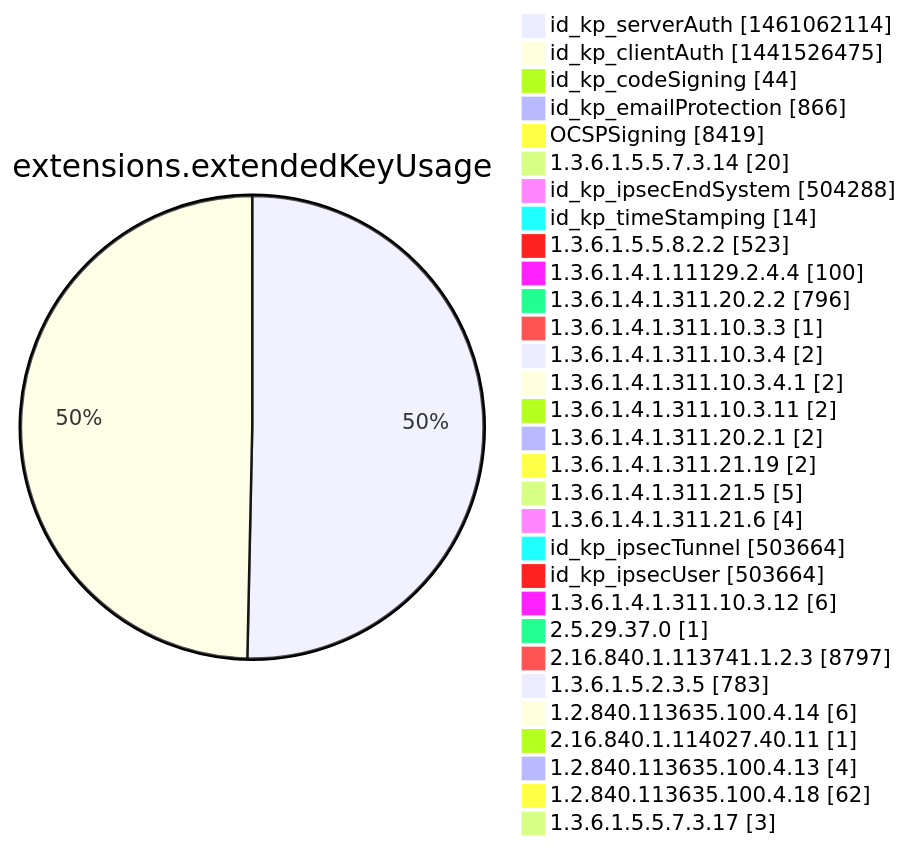
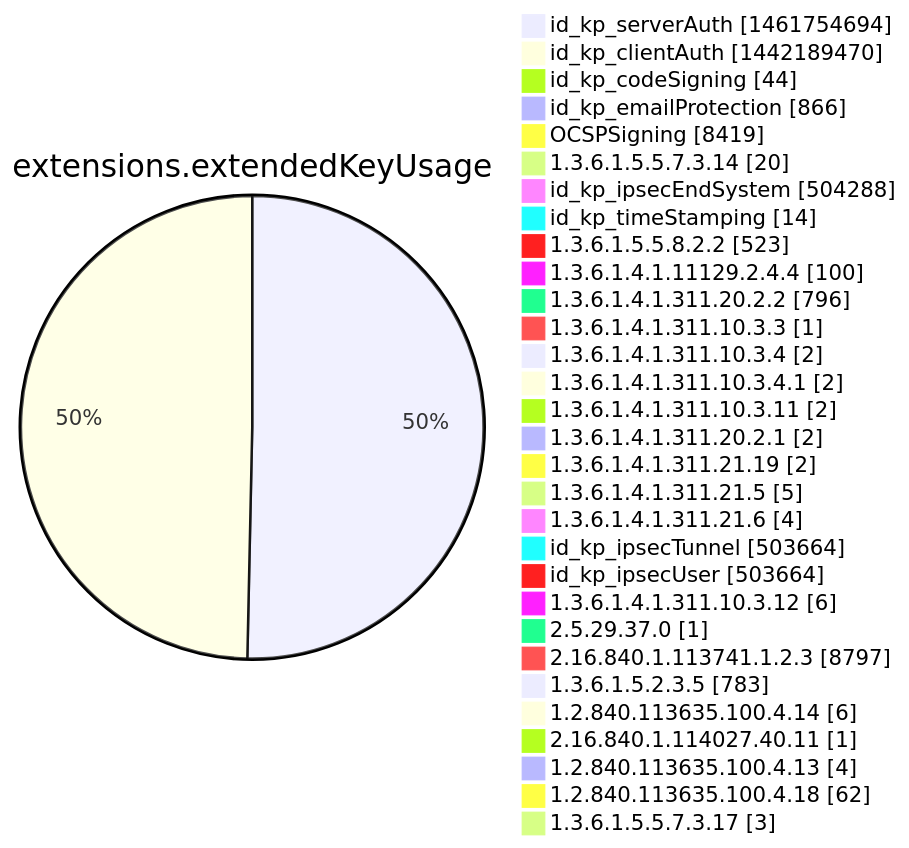
Before and after one commit to christiankrug/ctmonitor_visualization: diagram 12 of 15 in argon2022/README.md, drawn with Mermaid. The commit also changed other lines of this file, not shown here.

````diff
--- a/argon2022/README.md
+++ b/argon2022/README.md
@@ -3555,34 +3555,34 @@
 ```mermaid
 pie showData
 title extensions.extendedKeyUsage
-"id_kp_serverAuth" :1461062114
-"id_kp_clientAuth" :1441526475
+"id_kp_serverAuth" :1461754694
+"id_kp_clientAuth" :1442189470
 "id_kp_codeSigning" :44
 "id_kp_emailProtection" :866
 "OCSPSigning" :8419
 "1.3.6.1.5.5.7.3.14" :20
 "id_kp_ipsecEndSystem" :504288
 "id_kp_timeStamping" :14
 "1.3.6.1.5.5.8.2.2" :523
 "1.3.6.1.4.1.11129.2.4.4" :100
 "1.3.6.1.4.1.311.20.2.2" :796
 "1.3.6.1.4.1.311.10.3.3" :1
 "1.3.6.1.4.1.311.10.3.4" :2
 "1.3.6.1.4.1.311.10.3.4.1" :2
 "1.3.6.1.4.1.311.10.3.11" :2
 "1.3.6.1.4.1.311.20.2.1" :2
 "1.3.6.1.4.1.311.21.19" :2
 "1.3.6.1.4.1.311.21.5" :5
 "1.3.6.1.4.1.311.21.6" :4
 "id_kp_ipsecTunnel" :503664
 "id_kp_ipsecUser" :503664
 "1.3.6.1.4.1.311.10.3.12" :6
 "2.5.29.37.0" :1
 "2.16.840.1.113741.1.2.3" :8797
 "1.3.6.1.5.2.3.5" :783
 "1.2.840.113635.100.4.14" :6
 "2.16.840.1.114027.40.11" :1
 "1.2.840.113635.100.4.13" :4
 "1.2.840.113635.100.4.18" :62
 "1.3.6.1.5.5.7.3.17" :3
 ```
````
